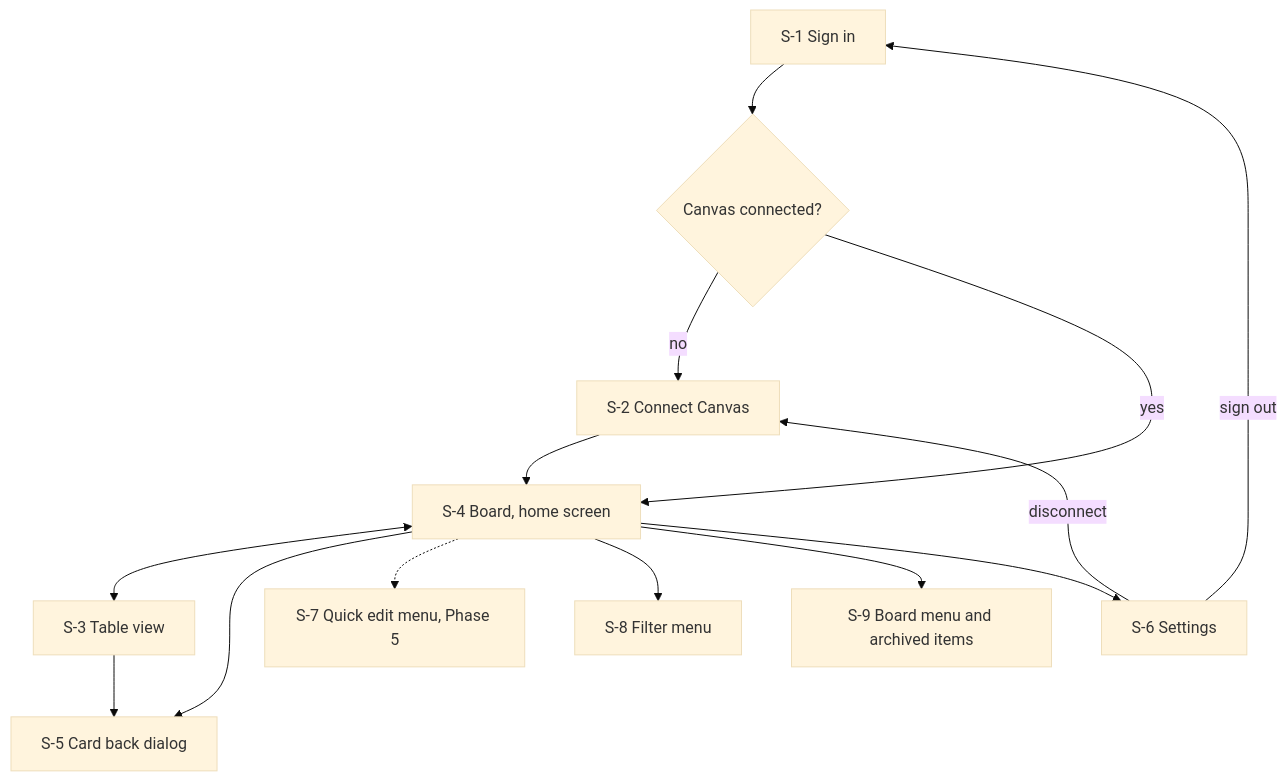
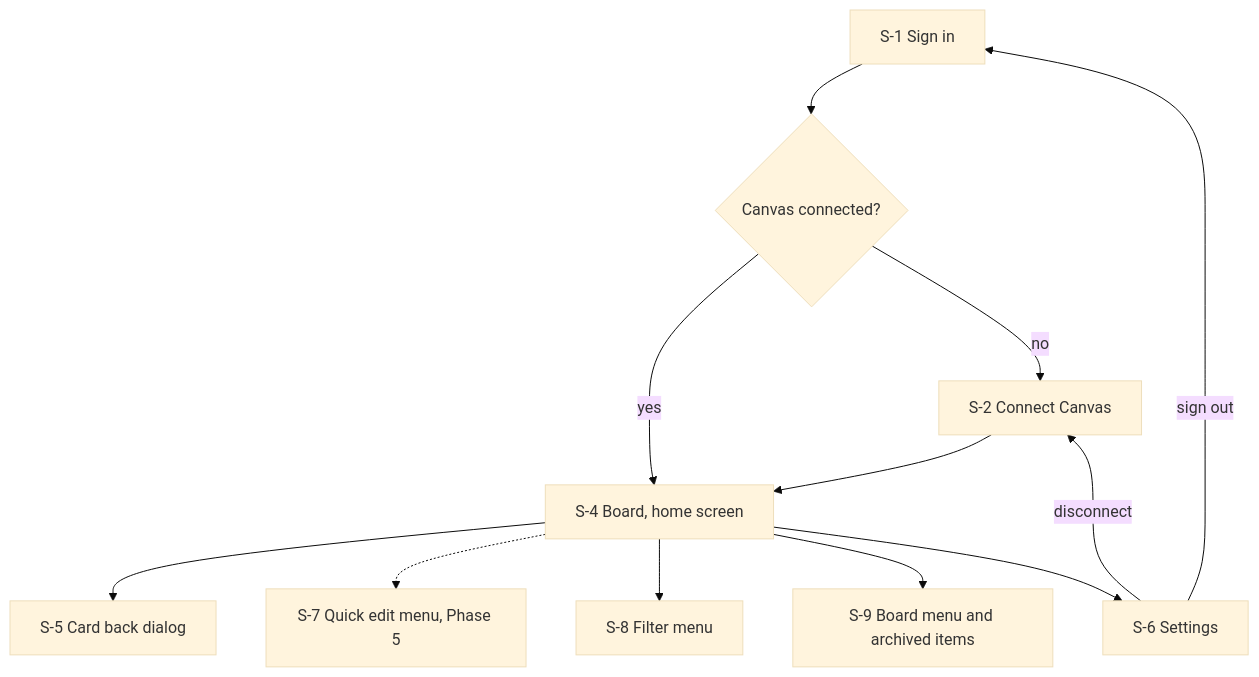
The first of 9 diagrams in docs/canvas-portal/04-wireframes-workflows.md (bbranton/TestProj), drawn with Mermaid (base theme) before and after one commit. The commit also changed other lines of this file and 4 other files, not shown here.

First line of the commit message:
Remove the table view; the board is the only view

````diff
--- a/docs/canvas-portal/04-wireframes-workflows.md
+++ b/docs/canvas-portal/04-wireframes-workflows.md
@@ -17,16 +17,14 @@
 ```mermaid
 flowchart TD
     S1[S-1 Sign in] --> Q{Canvas connected?}
     Q -- no --> S2[S-2 Connect Canvas]
     Q -- yes --> S4[S-4 Board, home screen]
     S2 --> S4
-    S4 <--> S3[S-3 Table view]
     S4 --> S5[S-5 Card back dialog]
-    S3 --> S5
     S4 -.-> S7[S-7 Quick edit menu, Phase 5]
     S4 --> S8[S-8 Filter menu]
     S4 --> S9[S-9 Board menu and archived items]
     S4 --> S6[S-6 Settings]
     S6 -- disconnect --> S2
     S6 -- sign out --> S1
 ```
````
